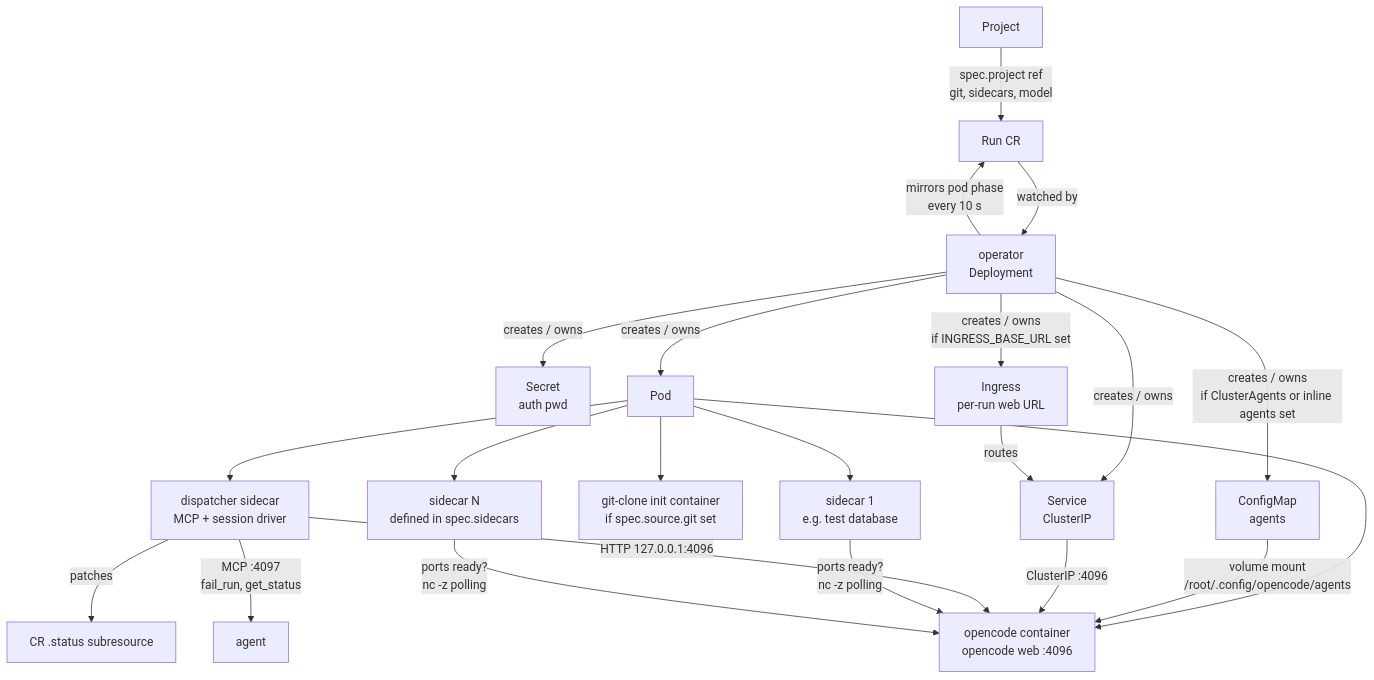
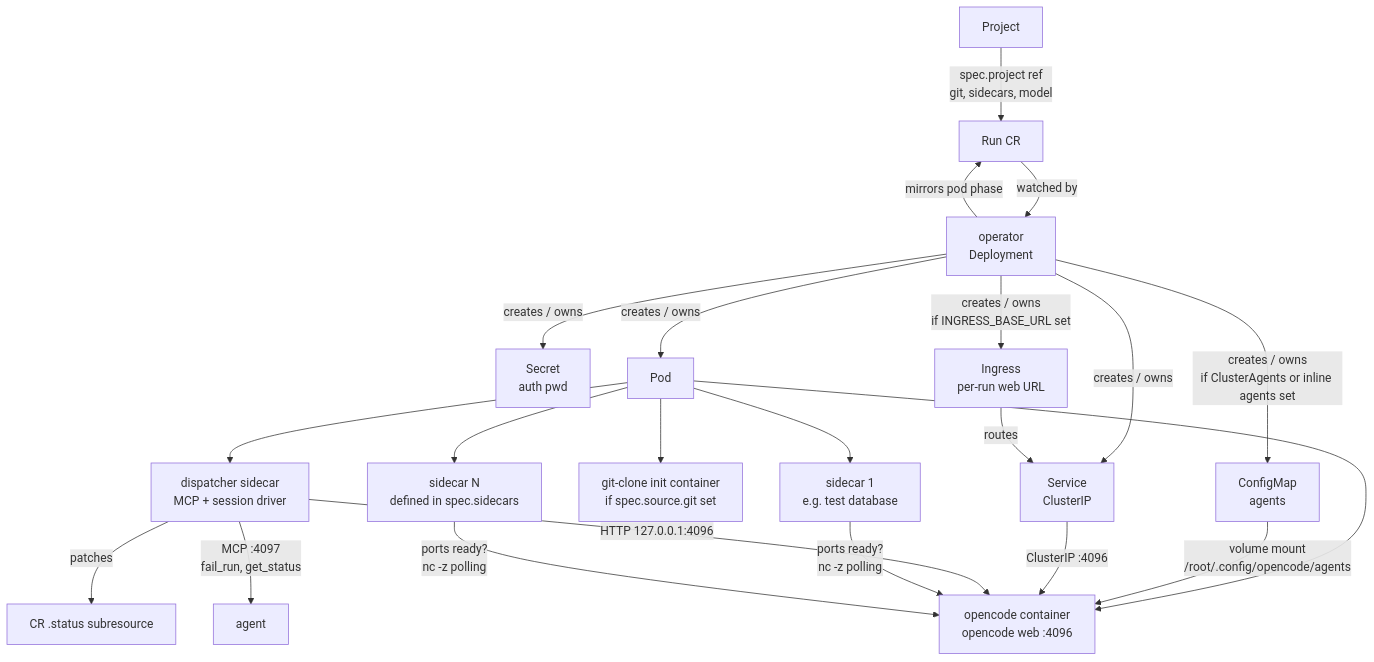
The fifth of 7 diagrams in README.md (erkkaha/percussionist), drawn with Mermaid before and after one commit. The commit also changed other lines of this file and 7 other files, not shown here.

````diff
--- a/README.md
+++ b/README.md
@@ -343,32 +346,32 @@
 ```mermaid
 flowchart TD
     CR[Run CR]
 
     CR -->|watched by| OP[operator\nDeployment]
 
     OP -->|creates / owns| SEC[Secret\nauth pwd]
     OP -->|creates / owns| SVC[Service\nClusterIP]
     OP -->|creates / owns| POD[Pod]
     OP -->|creates / owns\nif ClusterAgents or inline agents set| AGCM[ConfigMap\nagents]
     OP -->|creates / owns\nif INGRESS_BASE_URL set| ING[Ingress\nper-run web URL]
-    OP -->|mirrors pod phase\nevery 10 s| CR
+    OP -->|mirrors pod phase| CR
 
     POD --> INIT[git-clone init container\nif spec.source.git set]
     POD --> OC[opencode container\nopencode web :4096]
     POD --> DISP[dispatcher sidecar\nMCP + session driver]
     POD --> SC1[sidecar 1\ne.g. test database]
     POD --> SC2[sidecar N\ndefined in spec.sidecars]
 
     AGCM -->|volume mount\n/root/.config/opencode/agents| OC
     ING -->|routes| SVC
     SVC -->|ClusterIP :4096| OC
 
     DISP -->|HTTP 127.0.0.1:4096| OC
     DISP -->|patches| STATUS[CR .status subresource]
     DISP -->|MCP :4097\nfail_run, get_status| AGENT[agent]
 
     SC1 -->|ports ready?\nnc -z polling| OC
     SC2 -->|ports ready?\nnc -z polling| OC
 
     PROJ[Project] -->|spec.project ref\ngit, sidecars, model| CR
 ```
````
